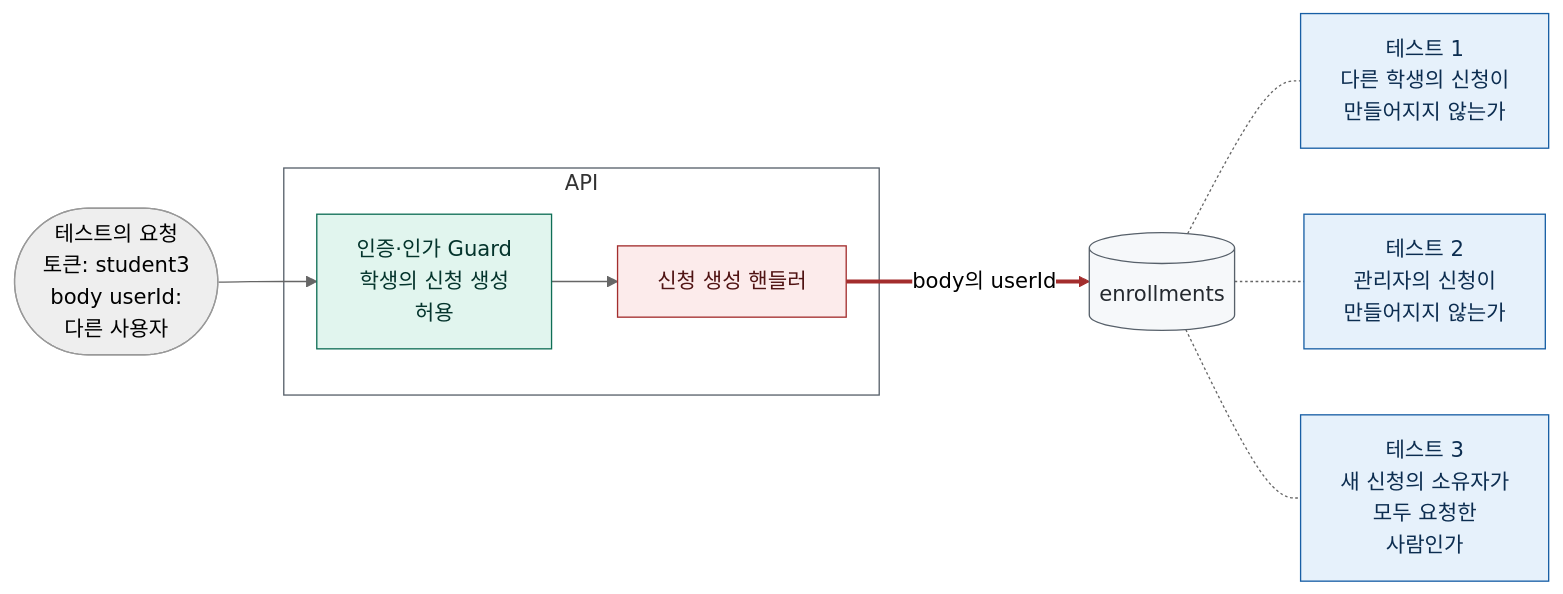
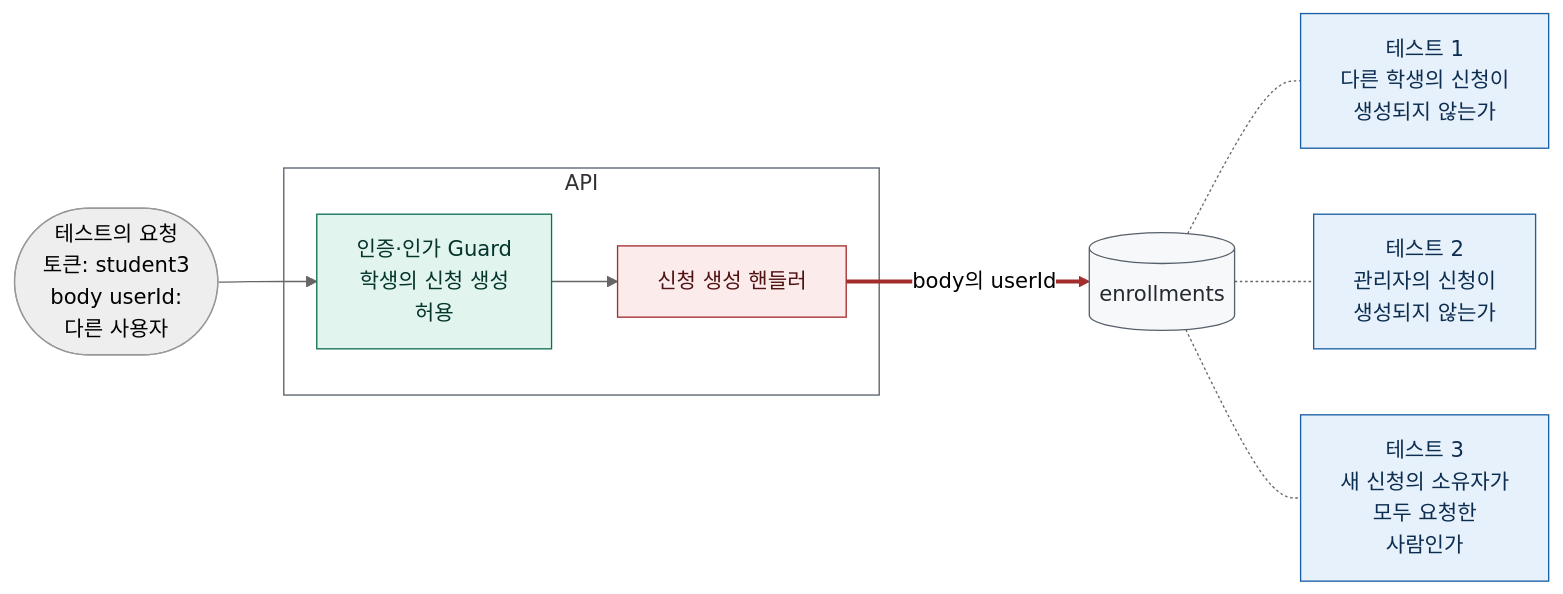
The second of 3 diagrams in docs/diagnosis/defect-8.md (loquemedalagana/secure-enroll-demo), drawn with Mermaid (neutral theme) before and after one commit. The commit also changed other lines of this file, not shown here.

````diff
--- a/docs/diagnosis/defect-8.md
+++ b/docs/diagnosis/defect-8.md
@@ -143,29 +143,29 @@
 ```mermaid
 flowchart LR
   req(["테스트의 요청<br/>토큰: student3<br/>body userId:<br/>다른 사용자"])
 
   subgraph api["API"]
     g["인증·인가 Guard<br/>학생의 신청 생성<br/>허용"]
     h["신청 생성 핸들러"]
   end
 
   db[("enrollments")]
 
   req --> g --> h
   h == "body의 userId" ==> db
 
-  db -.- t1["테스트 1<br/>다른 학생의 신청이<br/>만들어지지 않는가"]
-  db -.- t2["테스트 2<br/>관리자의 신청이<br/>만들어지지 않는가"]
+  db -.- t1["테스트 1<br/>다른 학생의 신청이<br/>생성되지 않는가"]
+  db -.- t2["테스트 2<br/>관리자의 신청이<br/>생성되지 않는가"]
   db -.- t3["테스트 3<br/>새 신청의 소유자가<br/>모두 요청한<br/>사람인가"]
 
   classDef safe fill:#E1F5EE,stroke:#0F6E56,color:#04342C
   classDef danger fill:#FCEBEB,stroke:#A32D2D,color:#501313
   classDef neutral fill:#f6f8fa,stroke:#57606a,color:#24292f
   classDef test fill:#E6F1FB,stroke:#185FA5,color:#0C2D50
   class g safe
   class h danger
   class db neutral
   class t1,t2,t3 test
   style api fill:none,stroke:#57606a
   linkStyle 2 stroke:#A32D2D,stroke-width:3px
 ```
````
